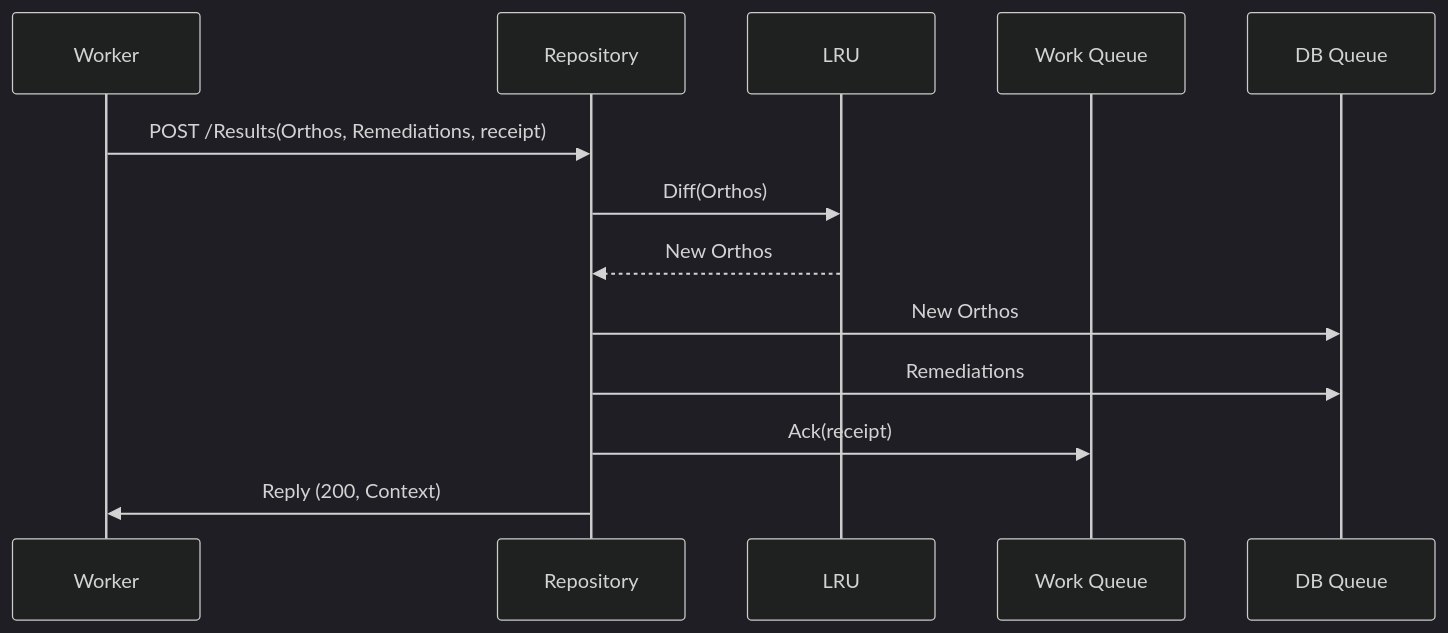
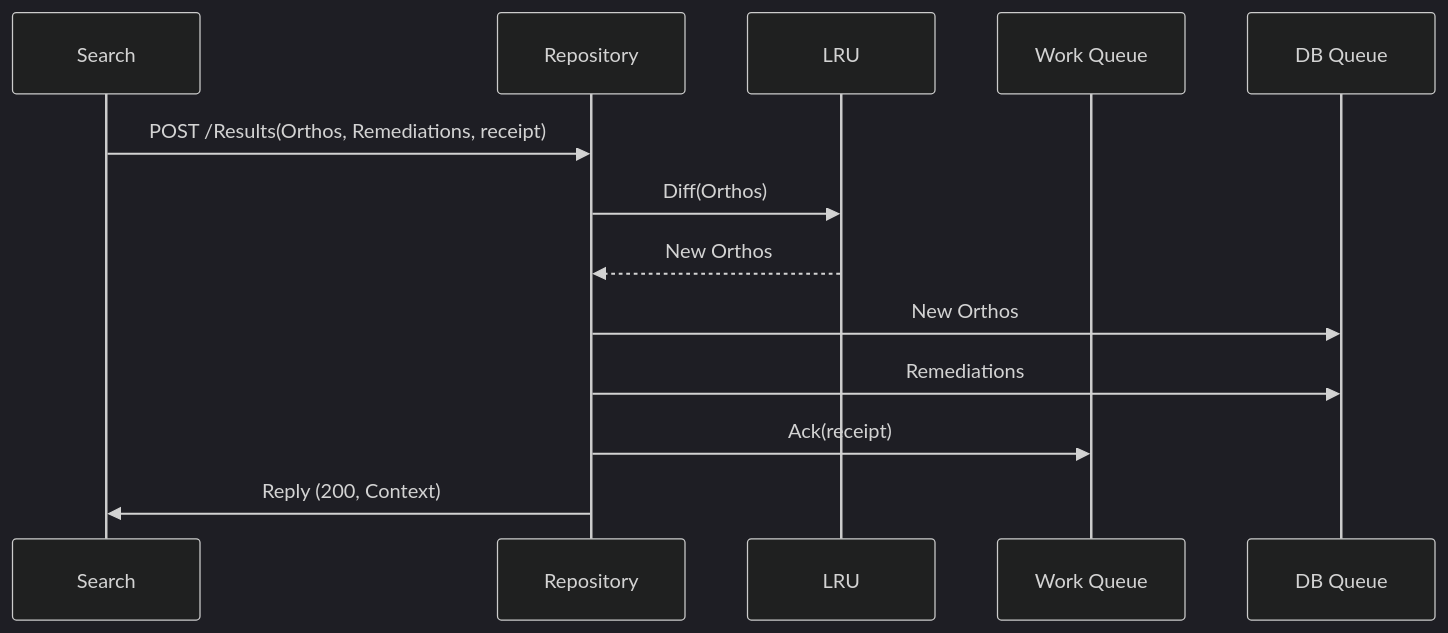
One commit to michaelrauh/crochet changed the diagram in post_results.md. Above: the diagram before and after it, drawn with Mermaid (dark theme). The commit also changed 62 other files, not shown here.

````diff
--- a/post_results.md
+++ b/post_results.md
@@ -1,16 +1,15 @@
 ```mermaid
 sequenceDiagram
-    participant Worker
+    participant Search
     participant Repository
     participant LRU 
     participant Work Queue 
     participant DB Queue
-
-    Worker->>Repository: POST /Results(Orthos, Remediations, receipt)
+    Search->>Repository: POST /Results(Orthos, Remediations, receipt)
     Repository->>LRU: Diff(Orthos)
     LRU-->>Repository: New Orthos 
     Repository->>DB Queue: New Orthos
     Repository->>DB Queue: Remediations
     Repository->>Work Queue: Ack(receipt) 
-    Repository->>Worker: Reply (200, Context)    
-``` 
+    Repository->>Search: Reply (200, Context)    
+```
````
